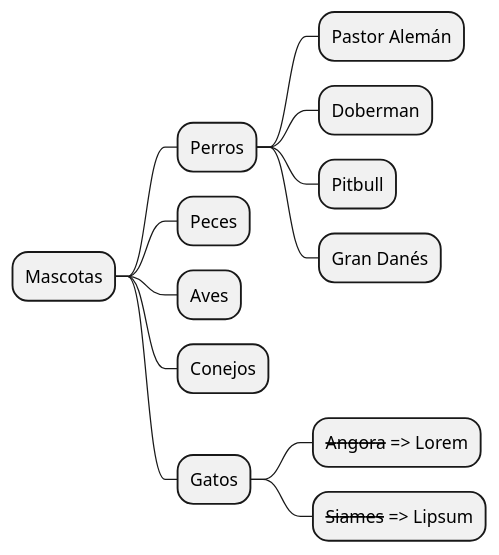
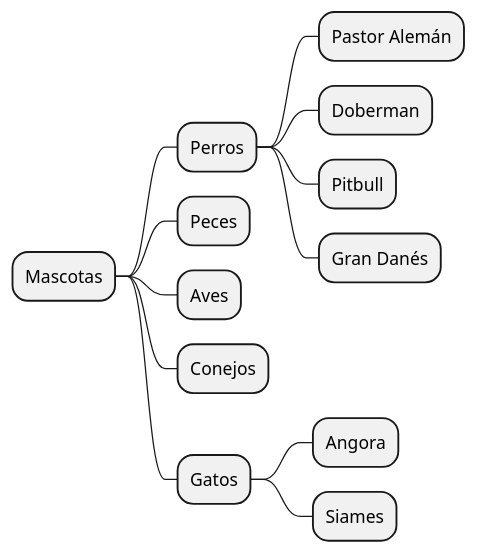
Before and after one commit to capsi-ucp/capsi-ucp.github.io: the diagram in ROOT/modules/proyecto/puml/ejemplo-mapamind.puml, drawn with PlantUML. The commit also changed 1 other file, not shown here.

```diff
--- a/ROOT/modules/proyecto/puml/ejemplo-mapamind.puml
+++ b/ROOT/modules/proyecto/puml/ejemplo-mapamind.puml
@@ -1,14 +1,14 @@
 @startmindmap
 * Mascotas
 ** Perros
 *** Pastor Alemán
 *** Doberman
 *** Pitbull
 *** Gran Danés
 ** Peces
 ** Aves
 ** Conejos
 ** Gatos
-*** <s>Angora</s> => Lorem
-*** <s>Siames</s> => Lipsum
+*** Angora
+*** Siames
 @endmindmap
```
